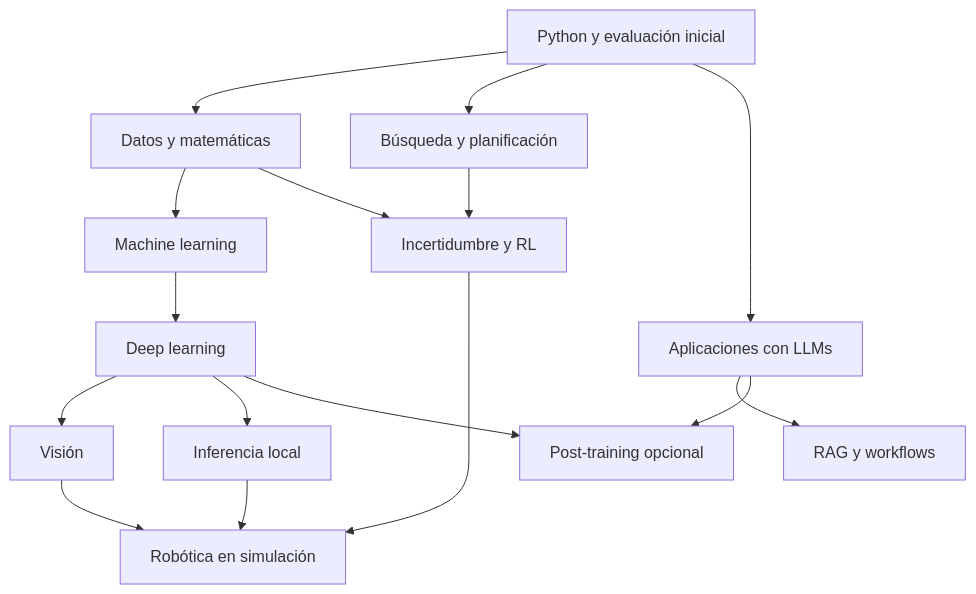
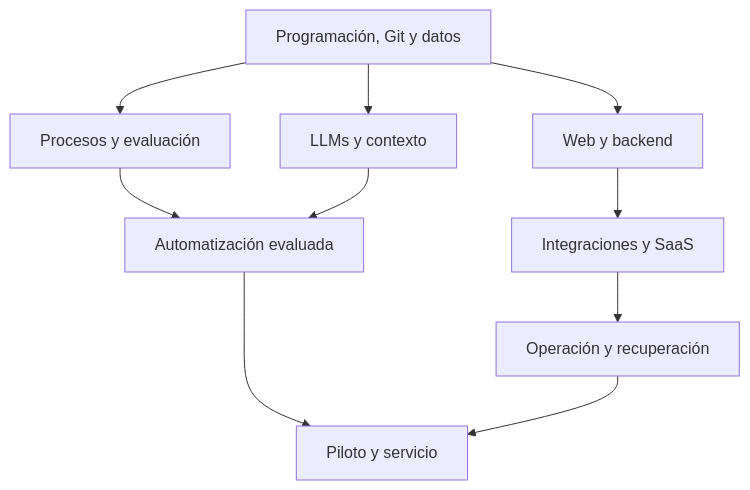
One commit to Juanpighelfi/IARoadmap changed the diagram in 00-MOC/Mapa de estudio.md. Above: the diagram before and after it, drawn with Mermaid. The commit also changed other lines of this file and 39 other files, not shown here.

First line of the commit message:
Orientar roadmap a desarrollo con IA, SaaS y automatización para pymes

````diff
--- a/00-MOC/Mapa de estudio.md
+++ b/00-MOC/Mapa de estudio.md
@@ -5,18 +5,12 @@
 ```mermaid
 flowchart TD
-    P["Python y evaluación inicial"] --> D["Datos y matemáticas"]
-    P --> B["Búsqueda y planificación"]
-    D --> M["Machine learning"]
-    D --> R["Incertidumbre y RL"]
-    B --> R
-    M --> DL["Deep learning"]
-    DL --> V["Visión"]
-    DL --> E["Inferencia local"]
-    V --> ROB["Robótica en simulación"]
-    E --> ROB
-    R --> ROB
-    P --> L["Aplicaciones con LLMs"]
-    L --> A["RAG y workflows"]
-    L --> FT["Post-training opcional"]
-    DL --> FT
+    F["Programación, Git y datos"] --> W["Web y backend"]
+    F --> P["Procesos y evaluación"]
+    W --> I["Integraciones y SaaS"]
+    I --> O["Operación y recuperación"]
+    F --> L["LLMs y contexto"]
+    P --> A["Automatización evaluada"]
+    L --> A
+    A --> S["Piloto y servicio"]
+    O --> S
 ```
````
